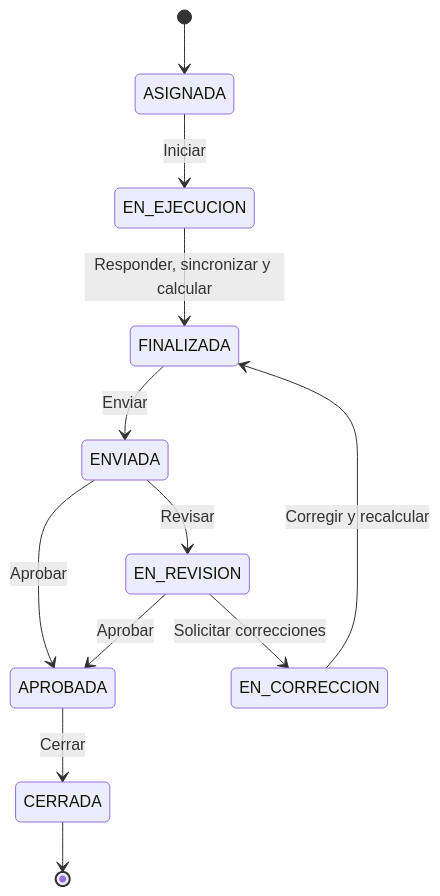
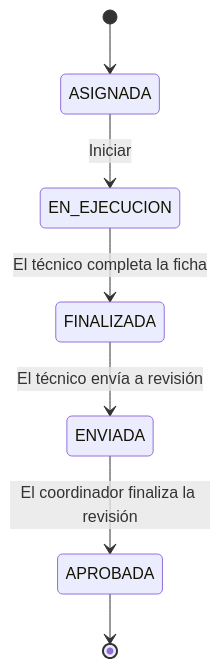
One commit to soyeduardo01/SIGERSA changed the sixth of 6 diagrams in README.md. Above: the diagram before and after it, drawn with Mermaid. The commit also changed 9 other files, not shown here.

````diff
--- a/README.md
+++ b/README.md
@@ -220,14 +220,9 @@
 ```mermaid
 stateDiagram-v2
     [*] --> ASIGNADA
     ASIGNADA --> EN_EJECUCION: Iniciar
-    EN_EJECUCION --> FINALIZADA: Responder, sincronizar y calcular
-    FINALIZADA --> ENVIADA: Enviar
-    ENVIADA --> EN_REVISION: Revisar
-    ENVIADA --> APROBADA: Aprobar
-    EN_REVISION --> EN_CORRECCION: Solicitar correcciones
-    EN_CORRECCION --> FINALIZADA: Corregir y recalcular
-    EN_REVISION --> APROBADA: Aprobar
-    APROBADA --> CERRADA: Cerrar
-    CERRADA --> [*]
+    EN_EJECUCION --> FINALIZADA: El técnico completa la ficha
+    FINALIZADA --> ENVIADA: El técnico envía a revisión
+    ENVIADA --> APROBADA: El coordinador finaliza la revisión
+    APROBADA --> [*]
 ```
````
